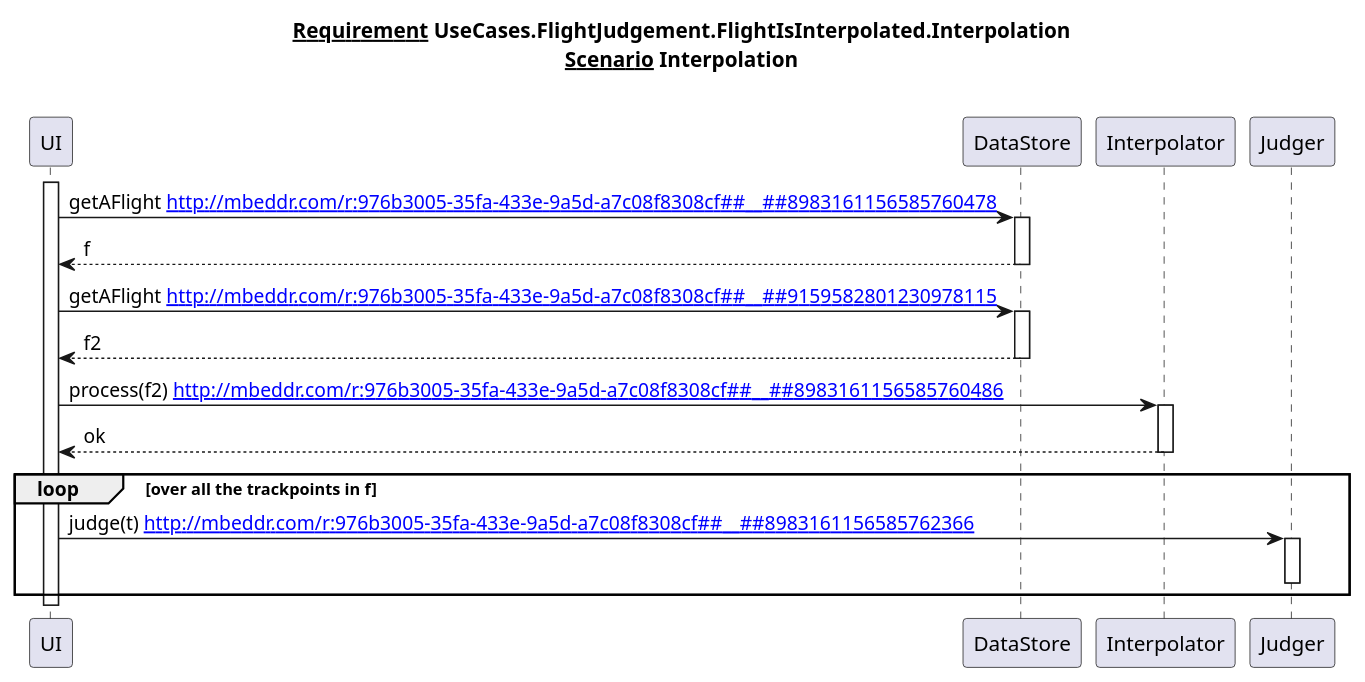
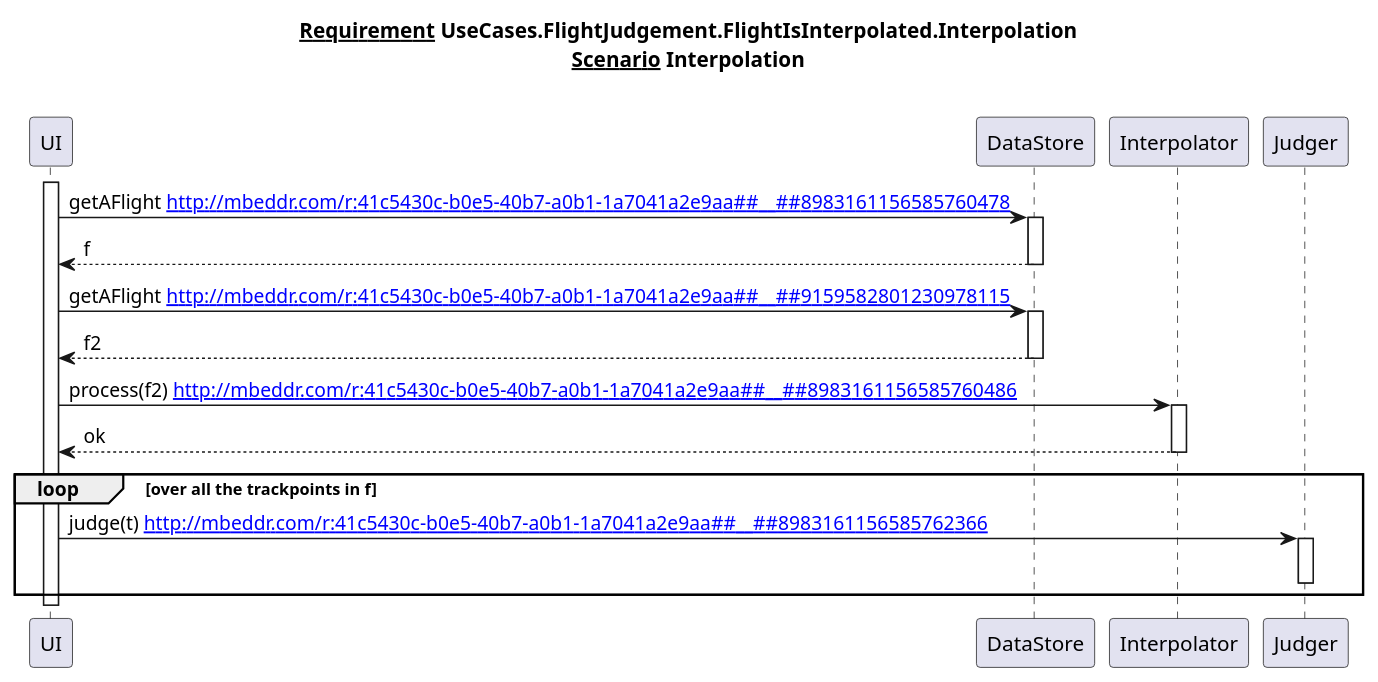
The diagram in code/applications/tutorial/solutions/mbeddr.tutorial.main/temp/requirementsReportreqInvisble_2FlightJudgementFlightIsInterpolatedInterpolationInterpolation_scenario.puml (mbeddr/mbeddr.core), drawn with PlantUML before and after one commit. The commit also changed 6 other files, not shown here.

```diff
--- a/code/applications/tutorial/solutions/mbeddr.tutorial.main/temp/requirementsReportreqInvisble_2FlightJudgementFlightIsInterpolatedInterpolationInterpolation_scenario.puml
+++ b/code/applications/tutorial/solutions/mbeddr.tutorial.main/temp/requirementsReportreqInvisble_2FlightJudgementFlightIsInterpolatedInterpolationInterpolation_scenario.puml
@@ -1,34 +1,34 @@
 @startuml
 title
 <u>Requirement</u> UseCases.FlightJudgement.FlightIsInterpolated.Interpolation
 <u>Scenario</u> Interpolation
 
 end title
 participant UI
-url of UI is [[http://mbeddr.com/r:976b3005-35fa-433e-9a5d-a7c08f8308cf##__##6898387700925260474]]
+url of UI is [[http://mbeddr.com/r:41c5430c-b0e5-40b7-a0b1-1a7041a2e9aa##__##6898387700925260474]]
 participant DataStore
-url of DataStore is [[http://mbeddr.com/r:976b3005-35fa-433e-9a5d-a7c08f8308cf##__##6898387700925260483]]
+url of DataStore is [[http://mbeddr.com/r:41c5430c-b0e5-40b7-a0b1-1a7041a2e9aa##__##6898387700925260483]]
 participant Interpolator
-url of Interpolator is [[http://mbeddr.com/r:976b3005-35fa-433e-9a5d-a7c08f8308cf##__##8119642625901795400]]
+url of Interpolator is [[http://mbeddr.com/r:41c5430c-b0e5-40b7-a0b1-1a7041a2e9aa##__##8119642625901795400]]
 participant Judger
-url of Judger is [[http://mbeddr.com/r:976b3005-35fa-433e-9a5d-a7c08f8308cf##__##8119642625901800289]]
+url of Judger is [[http://mbeddr.com/r:41c5430c-b0e5-40b7-a0b1-1a7041a2e9aa##__##8119642625901800289]]
 activate UI
-UI -> DataStore : getAFlight [[http://mbeddr.com/r:976b3005-35fa-433e-9a5d-a7c08f8308cf##__##8983161156585760478]]
+UI -> DataStore : getAFlight [[http://mbeddr.com/r:41c5430c-b0e5-40b7-a0b1-1a7041a2e9aa##__##8983161156585760478]]
 activate DataStore
 UI <-- DataStore:f
 deactivate DataStore
-UI -> DataStore : getAFlight [[http://mbeddr.com/r:976b3005-35fa-433e-9a5d-a7c08f8308cf##__##9159582801230978115]]
+UI -> DataStore : getAFlight [[http://mbeddr.com/r:41c5430c-b0e5-40b7-a0b1-1a7041a2e9aa##__##9159582801230978115]]
 activate DataStore
 UI <-- DataStore:f2
 deactivate DataStore
-UI -> Interpolator : process(f2) [[http://mbeddr.com/r:976b3005-35fa-433e-9a5d-a7c08f8308cf##__##8983161156585760486]]
+UI -> Interpolator : process(f2) [[http://mbeddr.com/r:41c5430c-b0e5-40b7-a0b1-1a7041a2e9aa##__##8983161156585760486]]
 activate Interpolator
 UI <-- Interpolator:ok
 deactivate Interpolator
 loop over all the trackpoints in f
-UI -> Judger : judge(t) [[http://mbeddr.com/r:976b3005-35fa-433e-9a5d-a7c08f8308cf##__##8983161156585762366]]
+UI -> Judger : judge(t) [[http://mbeddr.com/r:41c5430c-b0e5-40b7-a0b1-1a7041a2e9aa##__##8983161156585762366]]
 activate Judger
 deactivate Judger
 end loop 
 deactivate UI
 @enduml
```
